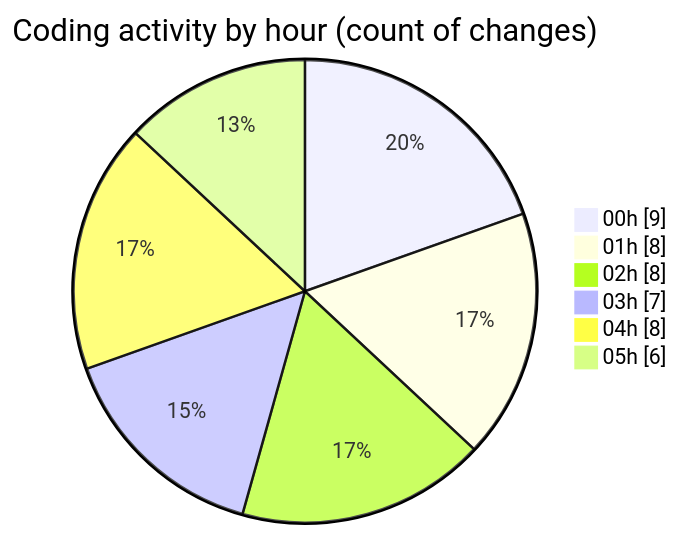
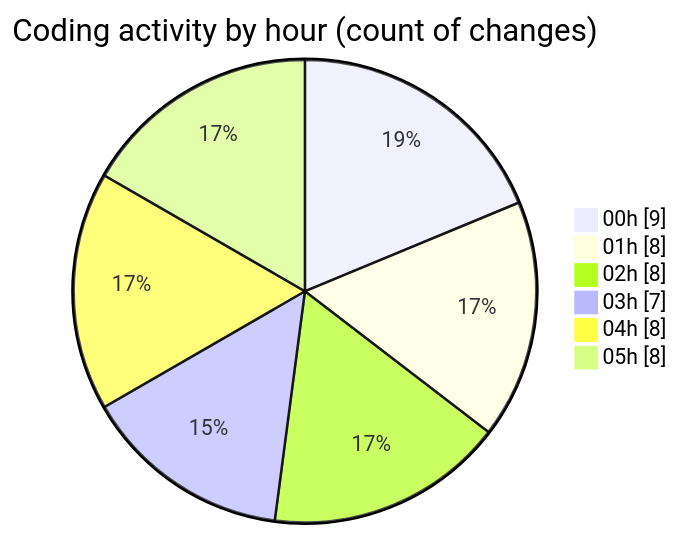
The second of 2 diagrams in 2025-07-14/telebot/README.md (jrari/code-tracking), drawn with Mermaid before and after one commit. The commit also changed other lines of this file and 1 other file, not shown here.

````diff
--- a/2025-07-14/telebot/README.md
+++ b/2025-07-14/telebot/README.md
@@ -49,10 +50,10 @@
 ```mermaid
 pie showData
 title Coding activity by hour (count of changes)
 "00h" : 9
 "01h" : 8
 "02h" : 8
 "03h" : 7
 "04h" : 8
-"05h" : 6
+"05h" : 8
 ```
````
